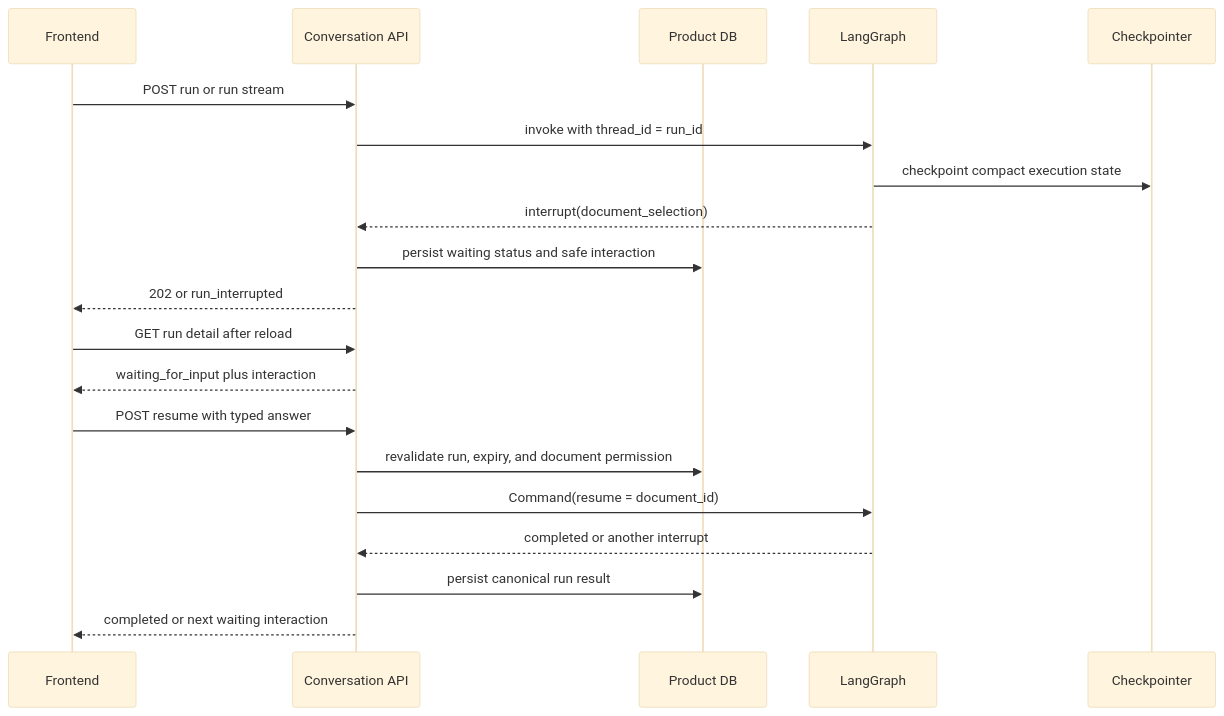
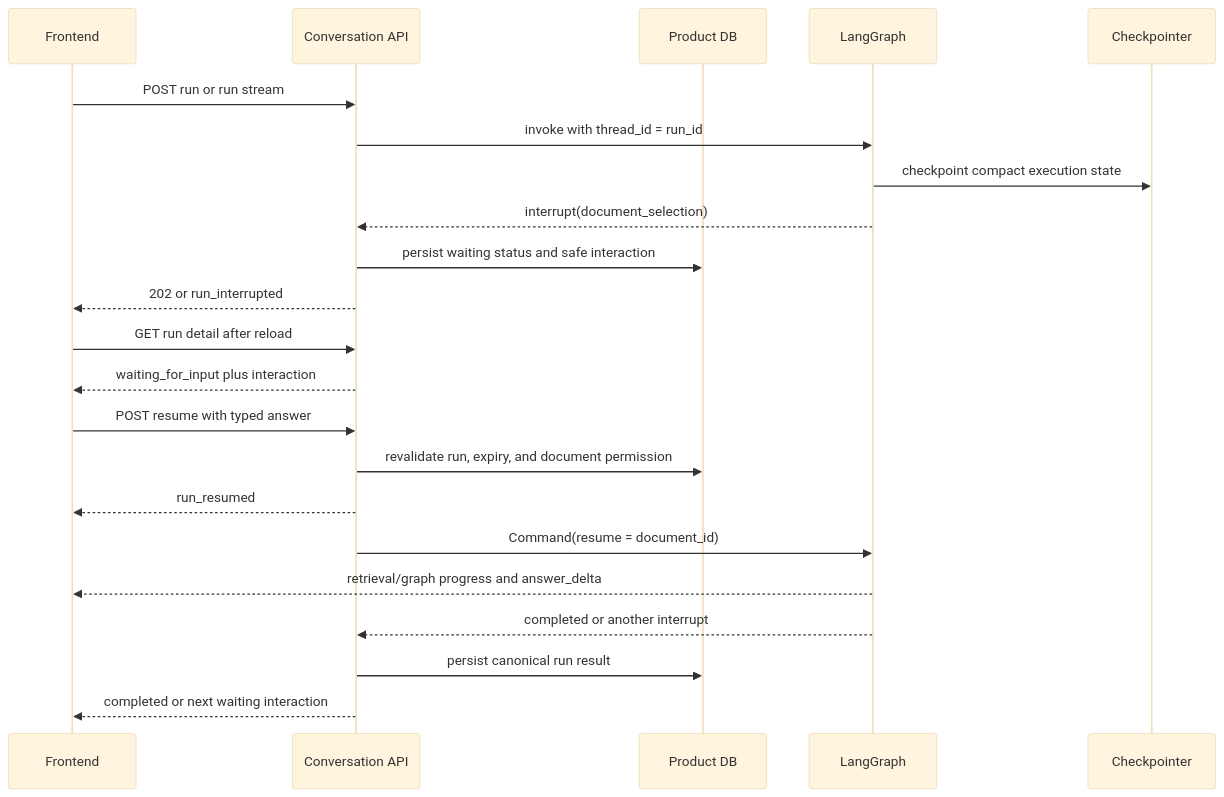
Before and after one commit to heecheon92/my-agents: the first of 2 diagrams in docs/product-chat-service/en/27-agent-frontend-interaction-contract.md, drawn with Mermaid (base theme). The commit also changed other lines of this file and 14 other files, not shown here.

````diff
--- a/docs/product-chat-service/en/27-agent-frontend-interaction-contract.md
+++ b/docs/product-chat-service/en/27-agent-frontend-interaction-contract.md
@@ -92,23 +92,25 @@
 ```mermaid
 sequenceDiagram
     participant UI as Frontend
     participant API as Conversation API
     participant DB as Product DB
     participant Graph as LangGraph
     participant CP as Checkpointer
 
     UI->>API: POST run or run stream
     API->>Graph: invoke with thread_id = run_id
     Graph->>CP: checkpoint compact execution state
     Graph-->>API: interrupt(document_selection)
     API->>DB: persist waiting status and safe interaction
     API-->>UI: 202 or run_interrupted
     UI->>API: GET run detail after reload
     API-->>UI: waiting_for_input plus interaction
     UI->>API: POST resume with typed answer
     API->>DB: revalidate run, expiry, and document permission
+    API-->>UI: run_resumed
     API->>Graph: Command(resume = document_id)
+    Graph-->>UI: retrieval/graph progress and answer_delta
     Graph-->>API: completed or another interrupt
     API->>DB: persist canonical run result
     API-->>UI: completed or next waiting interaction
 ```
````
